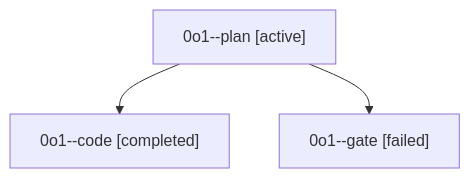
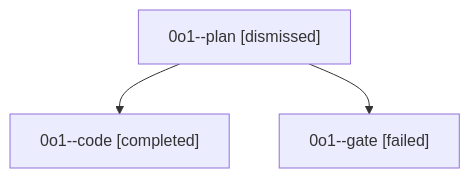
Before and after one commit to sase-org/sase--agents: the diagram in sessions/bbugyi200.athena.0o1.md, drawn with Mermaid. The commit also changed other lines of this file and 22 other files, not shown here.

````diff
--- a/sessions/bbugyi200.athena.0o1.md
+++ b/sessions/bbugyi200.athena.0o1.md
@@ -9,8 +9,8 @@
 ```mermaid
 flowchart TD
-  n0["0o1--plan [active]"]
+  n0["0o1--plan [dismissed]"]
   n1["0o1--code [completed]"]
   n0 --> n1
   n2["0o1--gate [failed]"]
   n0 --> n2
 ```
````
